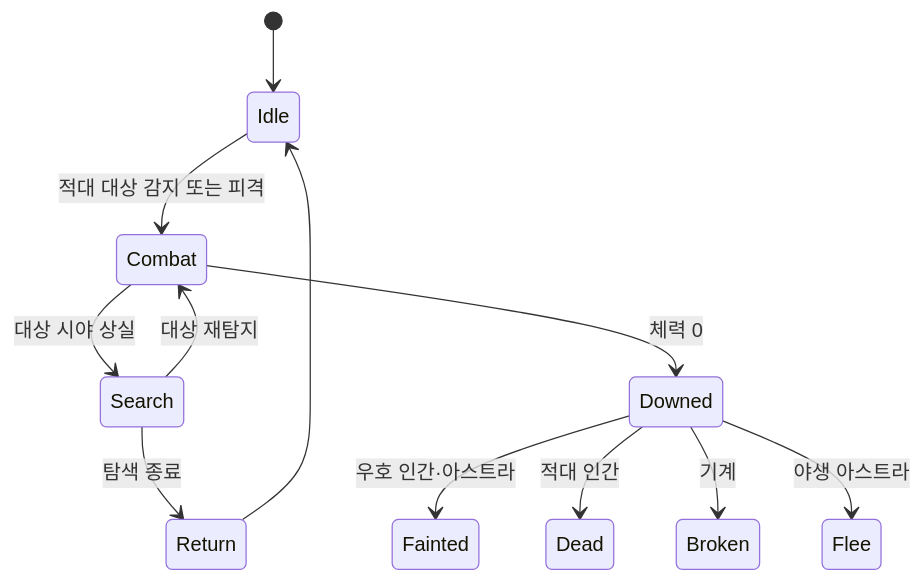
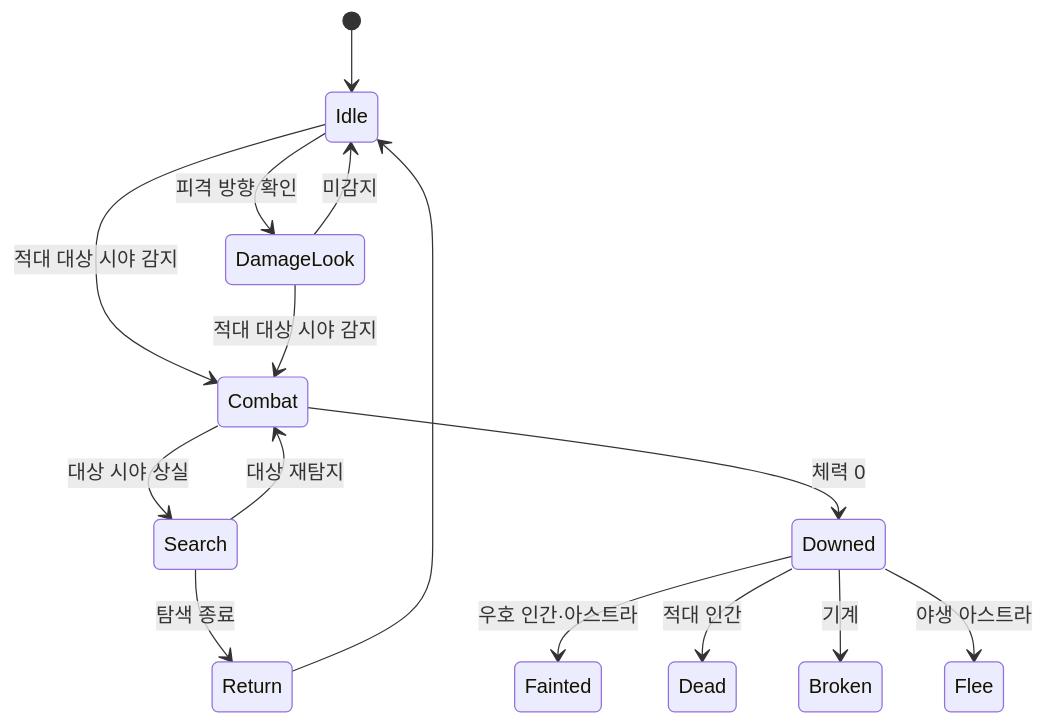
One commit to liang2papa/Astra_Docs changed the diagram in Wiki/02_게임 기획/시스템 기획/NPC 행동.md. Above: the diagram before and after it, drawn with Mermaid. The commit also changed other lines of this file and 38 other files, not shown here.

````diff
--- a/Wiki/02_게임 기획/시스템 기획/NPC 행동.md
+++ b/Wiki/02_게임 기획/시스템 기획/NPC 행동.md
@@ -3,14 +3,17 @@
 ```mermaid
 stateDiagram-v2
     [*] --> Idle
-    Idle --> Combat: 적대 대상 감지 또는 피격
+    Idle --> Combat: 적대 대상 시야 감지
+    Idle --> DamageLook: 피격 방향 확인
+    DamageLook --> Combat: 적대 대상 시야 감지
+    DamageLook --> Idle: 미감지
     Combat --> Search: 대상 시야 상실
     Search --> Combat: 대상 재탐지
     Search --> Return: 탐색 종료
     Combat --> Downed: 체력 0
     Downed --> Fainted: 우호 인간·아스트라
     Downed --> Dead: 적대 인간
     Downed --> Broken: 기계
     Downed --> Flee: 야생 아스트라
     Return --> Idle
 ```
````
